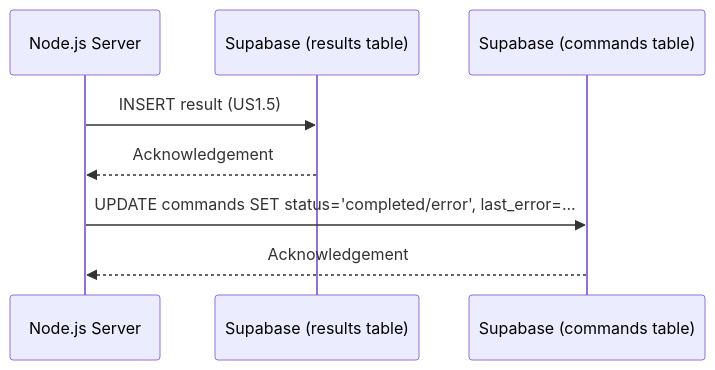
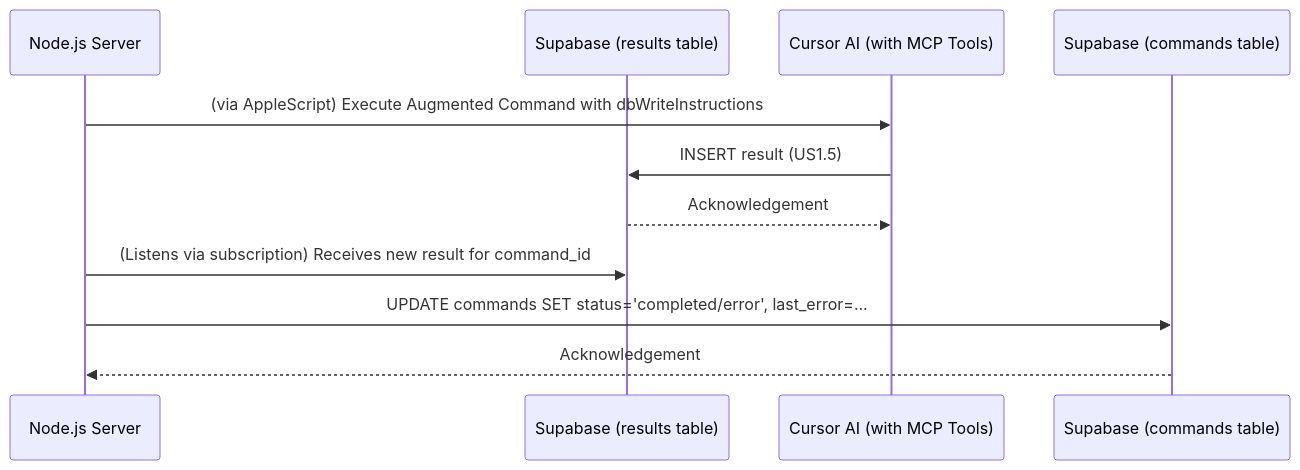
Before and after one commit to crimsonsunset/cursor_remote: the diagram in .ai/stories/epic1-us1.6-server-update-status-completed-error.md, drawn with Mermaid. The commit also changed other lines of this file and 8 other files, not shown here.

````diff
--- a/.ai/stories/epic1-us1.6-server-update-status-completed-error.md
+++ b/.ai/stories/epic1-us1.6-server-update-status-completed-error.md
@@ -50,11 +50,15 @@
 ```mermaid
 sequenceDiagram
     participant ServerApp as Node.js Server
-    participant SupabaseDB_Results as Supabase (results table)
+    participant SupabaseDB_Results as Supabase (results table) # Renamed for clarity if AI wrote to it
+    participant CursorAI as Cursor AI (with MCP Tools) # If AI is writing to results
     participant SupabaseDB_Commands as Supabase (commands table)
 
-    ServerApp->>SupabaseDB_Results: INSERT result (US1.5)
-    SupabaseDB_Results-->>ServerApp: Acknowledgement
+    # Assuming AI writes to results table as per US1.5 implementation note
+    ServerApp->>CursorAI: (via AppleScript) Execute Augmented Command with dbWriteInstructions
+    CursorAI->>SupabaseDB_Results: INSERT result (US1.5)
+    SupabaseDB_Results-->>CursorAI: Acknowledgement
+    ServerApp->>SupabaseDB_Results: (Listens via subscription) Receives new result for command_id
     ServerApp->>SupabaseDB_Commands: UPDATE commands SET status='completed/error', last_error=...
     SupabaseDB_Commands-->>ServerApp: Acknowledgement
 ```
````
